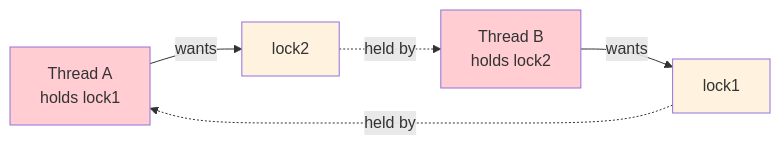
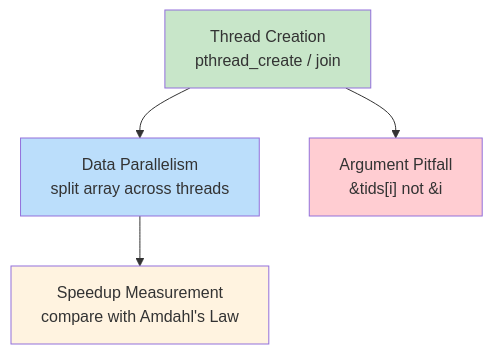
One commit to Ji-yak/2026-lecture-operating-system changed the third of 3 diagrams in lectures/week04/2_lab/lab_en.md. Above: the diagram before and after it, drawn with Mermaid. The commit also changed other lines of this file and 27 other files, not shown here.

First line of the commit message:
Rewrite week04 lab to match Ch 4 theory (threads, not synchronization)

````diff
--- a/lectures/week04/2_lab/lab_en.md
+++ b/lectures/week04/2_lab/lab_en.md
@@ -215,11 +312,10 @@
 ```mermaid
-graph LR
-    TA["Thread A<br/>holds lock1"] -->|"wants"| LB["lock2"]
-    TB["Thread B<br/>holds lock2"] -->|"wants"| LA["lock1"]
-    LA -.->|held by| TA
-    LB -.->|held by| TB
-    style TA fill:#ffcdd2
-    style TB fill:#ffcdd2
-    style LA fill:#fff3e0
-    style LB fill:#fff3e0
+graph TD
+    TC["Thread Creation<br/>pthread_create / join"] --> DP["Data Parallelism<br/>split array across threads"]
+    TC --> AP["Argument Pitfall<br/>&tids[i] not &i"]
+    DP --> SU["Speedup Measurement<br/>compare with Amdahl's Law"]
+    style TC fill:#c8e6c9
+    style DP fill:#bbdefb
+    style AP fill:#ffcdd2
+    style SU fill:#fff3e0
 ```
````
